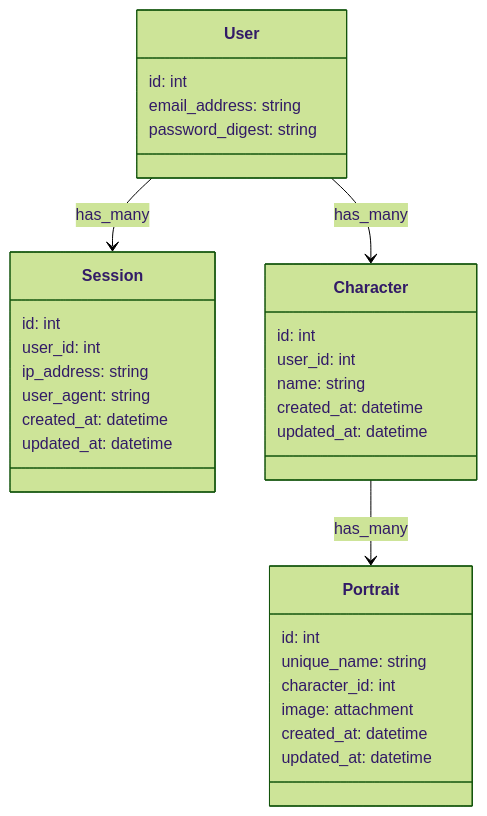
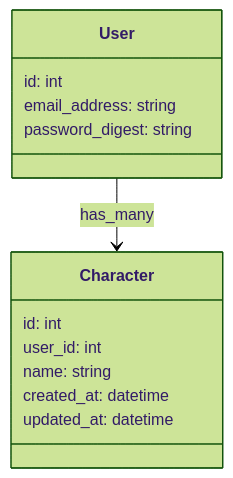
One commit to pineapple-smoothie/nwn-portrait-sync changed the diagram in README.md. Above: the diagram before and after it, drawn with Mermaid (forest theme). The commit also changed 17 other files, not shown here.

````diff
--- a/README.md
+++ b/README.md
@@ -15,38 +15,18 @@
 ```mermaid
 classDiagram
     class User {
         id: int
         email_address: string
         password_digest: string
-    }
-
-    class Session {
-        id: int
-        user_id: int
-        ip_address: string
-        user_agent: string
-        created_at: datetime
-        updated_at: datetime
     }
 
     class Character {
         id: int
         user_id: int
         name: string
         created_at: datetime
         updated_at: datetime
     }
 
-    class Portrait {
-        id: int
-        unique_name: string
-        character_id: int
-        image: attachment
-        created_at: datetime
-        updated_at: datetime
-    }
-
-    User --> Session : has_many
     User --> Character : has_many
-    Character --> Portrait : has_many
 ```
````
